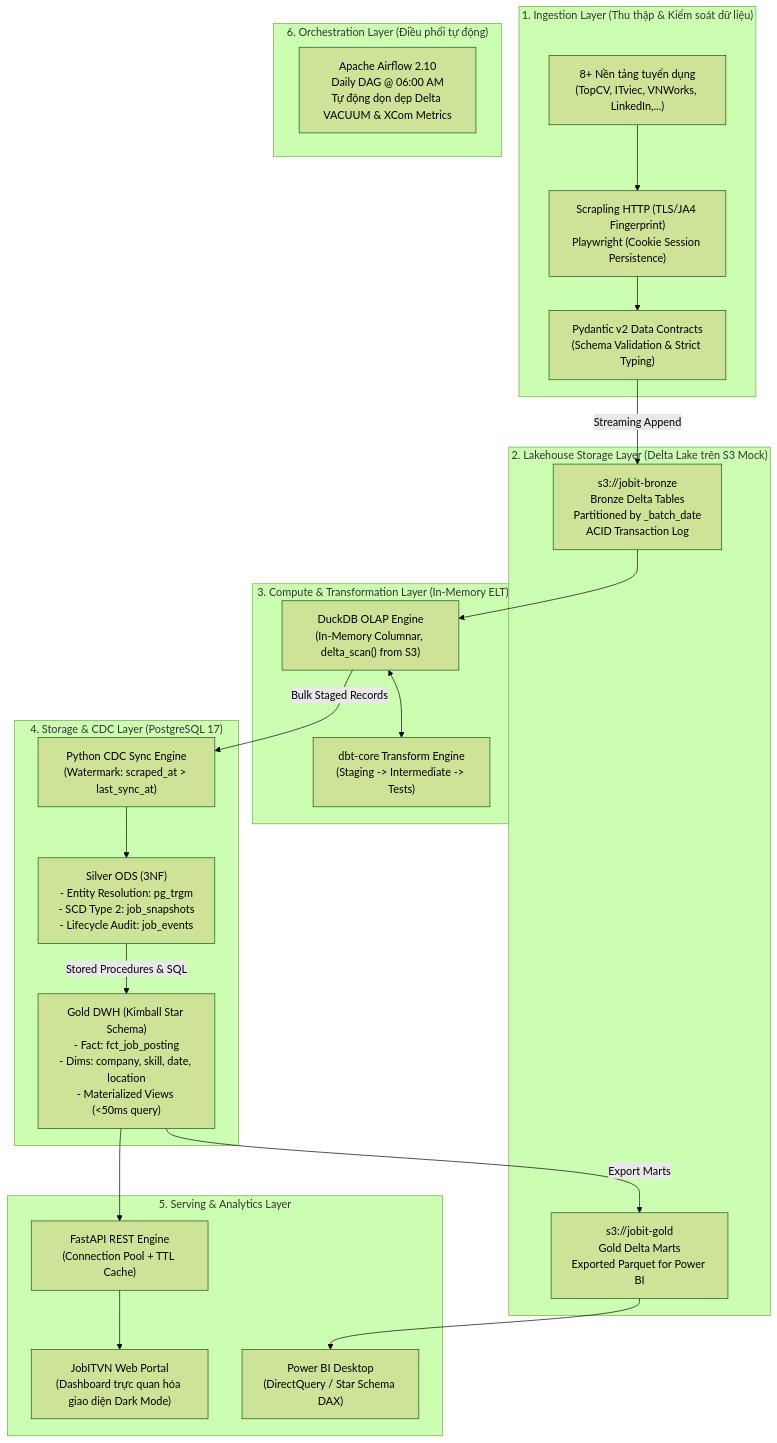
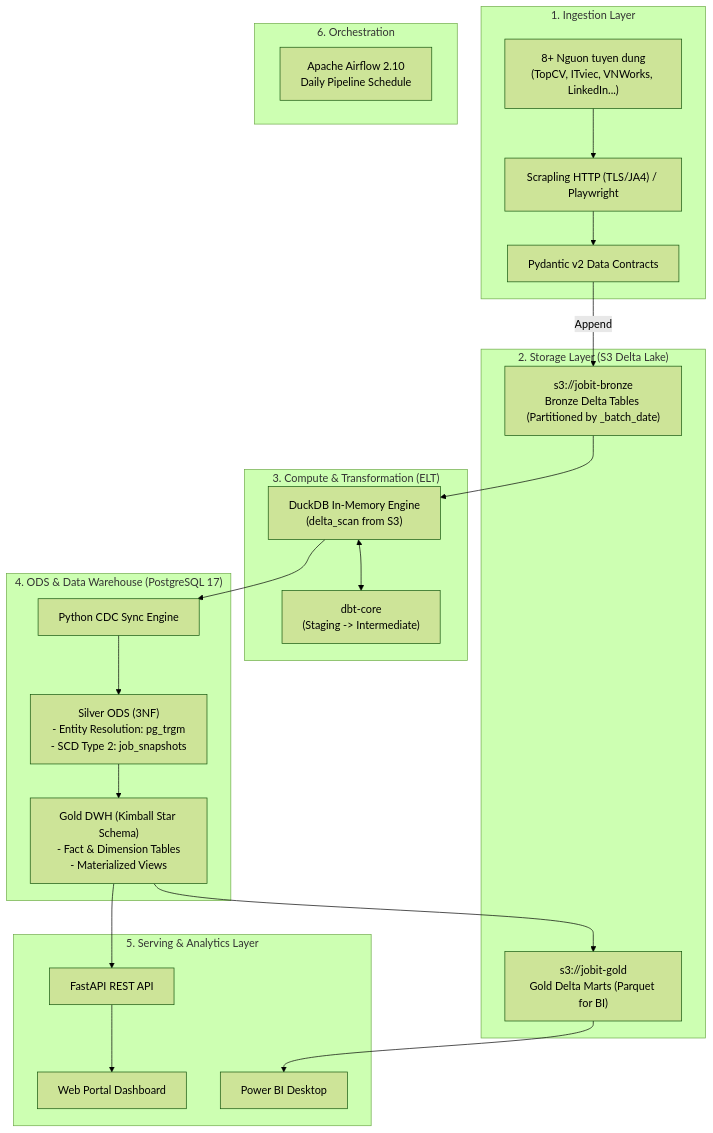
The diagram in README.md (chuong1104/CrawlJobITHaNoi), drawn with Mermaid (forest theme) before and after one commit. The commit also changed other lines of this file and 3 other files, not shown here.

Commit message:
feat: add web interface and local backup for job scraper dashboard

````diff
--- a/README.md
+++ b/README.md
@@ -47,45 +34,42 @@
 ```mermaid
 flowchart TD
-    subgraph INGESTION ["1. Ingestion Layer (Thu thập & Kiểm soát dữ liệu)"]
-        Sources["8+ Nền tảng tuyển dụng\n(TopCV, ITviec, VNWorks, LinkedIn,...)"]
-        Fetchers["Scrapling HTTP (TLS/JA4 Fingerprint)\nPlaywright (Cookie Session Persistence)"]
-        Contracts["Pydantic v2 Data Contracts\n(Schema Validation & Strict Typing)"]
+    subgraph Ingestion ["1. Ingestion Layer"]
+        Sources["8+ Nguon tuyen dung\n(TopCV, ITviec, VNWorks, LinkedIn...)"]
+        Fetchers["Scrapling HTTP (TLS/JA4) / Playwright"]
+        Contracts["Pydantic v2 Data Contracts"]
         Sources --> Fetchers --> Contracts
     end
 
-    subgraph LAKE_STORAGE ["2. Lakehouse Storage Layer (Delta Lake trên S3 Mock)"]
-        Bronze["s3://jobit-bronze\nBronze Delta Tables\nPartitioned by _batch_date\nACID Transaction Log"]
-        GoldS3["s3://jobit-gold\nGold Delta Marts\nExported Parquet for Power BI"]
-        Contracts -->|Streaming Append| Bronze
+    subgraph Lakehouse ["2. Storage Layer (S3 Delta Lake)"]
+        Bronze["s3://jobit-bronze\nBronze Delta Tables (Partitioned by _batch_date)"]
+        GoldS3["s3://jobit-gold\nGold Delta Marts (Parquet for BI)"]
+        Contracts -->|Append| Bronze
     end
 
-    subgraph COMPUTE_TRANSFORM ["3. Compute & Transformation Layer (In-Memory ELT)"]
-        DuckDB["DuckDB OLAP Engine\n(In-Memory Columnar, delta_scan() from S3)"]
-        dbt["dbt-core Transform Engine\n(Staging -> Intermediate -> Tests)"]
+    subgraph Compute ["3. Compute & Transformation (ELT)"]
+        DuckDB["DuckDB In-Memory Engine\n(delta_scan from S3)"]
+        dbt["dbt-core\n(Staging -> Intermediate)"]
         Bronze --> DuckDB
         DuckDB <--> dbt
     end
 
-    subgraph ODS_DWH ["4. Storage & CDC Layer (PostgreSQL 17)"]
-        SyncEngine["Python CDC Sync Engine\n(Watermark: scraped_at > last_sync_at)"]
-        Silver3NF["Silver ODS (3NF)\n- Entity Resolution: pg_trgm\n- SCD Type 2: job_snapshots\n- Lifecycle Audit: job_events"]
-        GoldDWH["Gold DWH (Kimball Star Schema)\n- Fact: fct_job_posting\n- Dims: company, skill, date, location\n- Materialized Views (<50ms query)"]
-        DuckDB -->|Bulk Staged Records| SyncEngine
-        SyncEngine --> Silver3NF
-        Silver3NF -->|Stored Procedures & SQL| GoldDWH
-        GoldDWH -->|Export Marts| GoldS3
+    subgraph DWH ["4. ODS & Data Warehouse (PostgreSQL 17)"]
+        SyncEngine["Python CDC Sync Engine"]
+        Silver["Silver ODS (3NF)\n- Entity Resolution: pg_trgm\n- SCD Type 2: job_snapshots"]
+        Gold["Gold DWH (Kimball Star Schema)\n- Fact & Dimension Tables\n- Materialized Views"]
+        DuckDB --> SyncEngine --> Silver --> Gold
+        Gold --> GoldS3
     end
 
-    subgraph SERVING ["5. Serving & Analytics Layer"]
-        API["FastAPI REST Engine\n(Connection Pool + TTL Cache)"]
-        WebPortal["JobITVN Web Portal\n(Dashboard trực quan hóa giao diện Dark Mode)"]
-        BI["Power BI Desktop\n(DirectQuery / Star Schema DAX)"]
-        GoldDWH --> API
-        API --> WebPortal
+    subgraph Serving ["5. Serving & Analytics Layer"]
+        API["FastAPI REST API"]
+        Web["Web Portal Dashboard"]
+        BI["Power BI Desktop"]
+        Gold --> API --> Web
         GoldS3 --> BI
     end
 
-    subgraph ORCHESTRATION ["6. Orchestration Layer (Điều phối tự động)"]
-        Airflow["Apache Airflow 2.10\nDaily DAG @ 06:00 AM\nTự động dọn dẹp Delta VACUUM & XCom Metrics"]
+    subgraph Orchestration ["6. Orchestration"]
+        Airflow["Apache Airflow 2.10\nDaily Pipeline Schedule"]
     end
 ```
````
